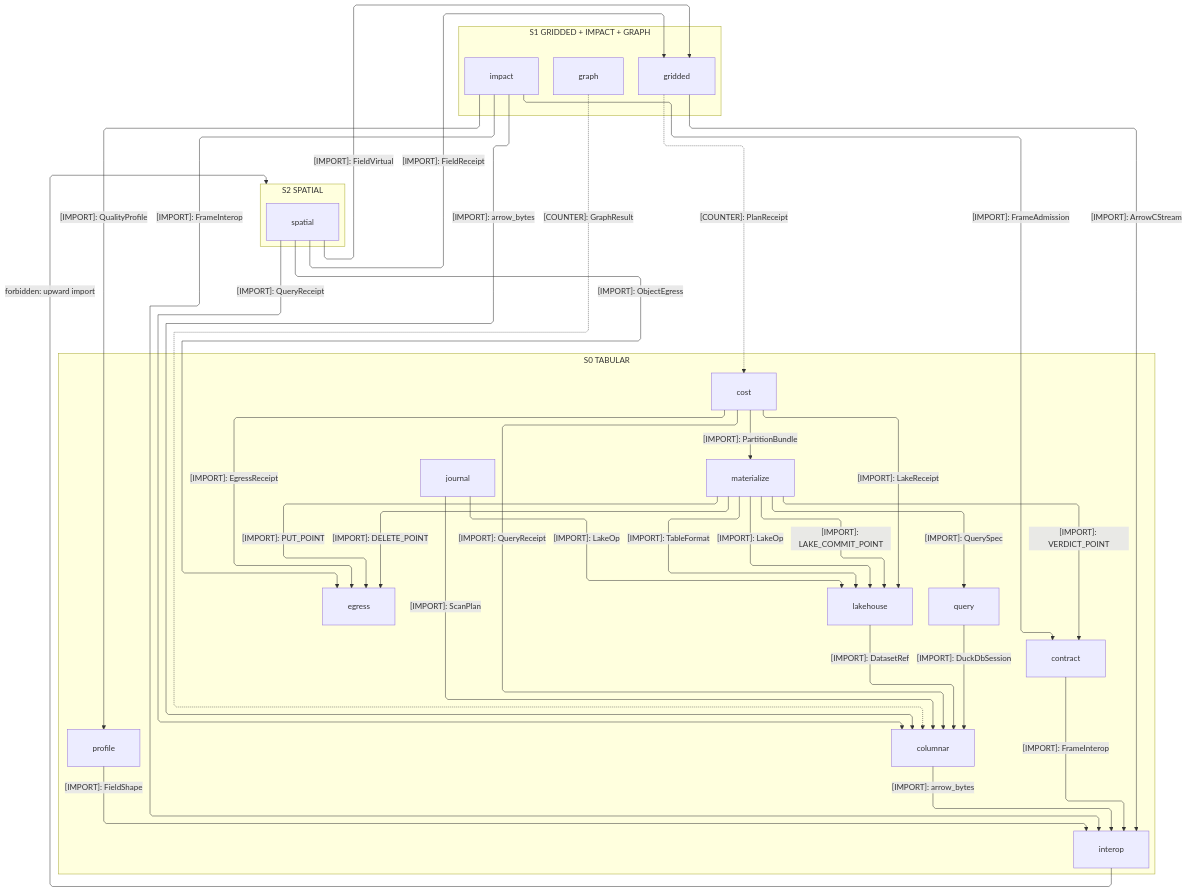
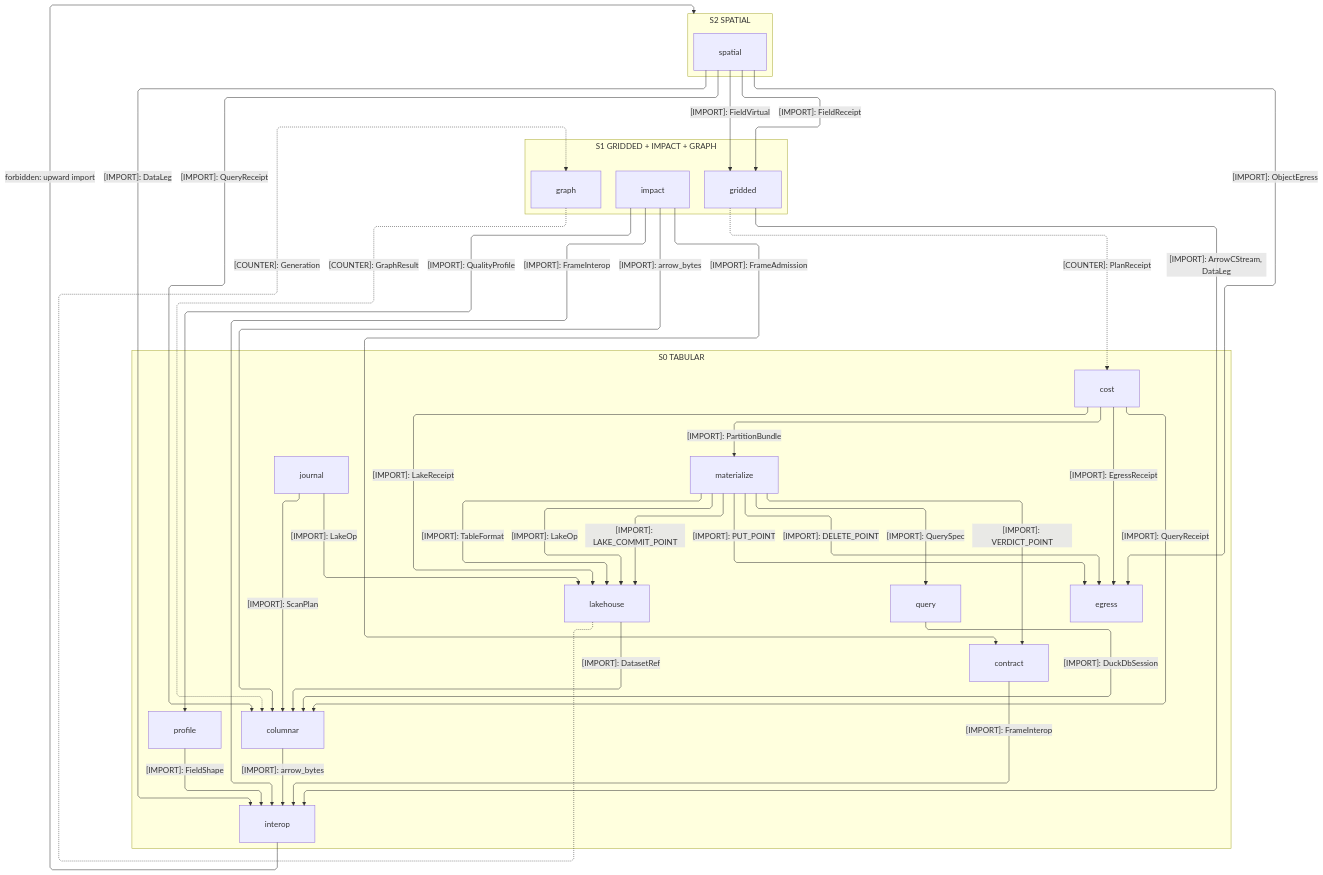
Before and after one commit to bsamiee/Rasm: the first of 5 diagrams in libs/python/data/ARCHITECTURE.md, drawn with Mermaid. The commit also changed other lines of this file and 272 other files, not shown here.

````diff
--- a/libs/python/data/ARCHITECTURE.md
+++ b/libs/python/data/ARCHITECTURE.md
@@ -48,62 +48,64 @@
 ```mermaid
 ---
 config:
   layout: elk
   flowchart:
     curve: linear
     padding: 25
 ---
 flowchart TB
     accTitle: Data interior import strata
     accDescr: How the data interior ranks over the tabular floor, the dashed GraphResult and PlanReceipt counter-edges carrying wire data downward.
     subgraph D2["S2 SPATIAL"]
         Spatial[spatial]
     end
     subgraph D1["S1 GRIDDED + IMPACT + GRAPH"]
         Graph[graph]
         Impact[impact]
         Gridded[gridded]
     end
     subgraph D0["S0 TABULAR"]
         Journal[journal]
         Cost[cost]
         Egress[egress]
         Materialize[materialize]
         Query[query]
         Lakehouse[lakehouse]
         Columnar[columnar]
         Contract[contract]
         Profile[profile]
         Interop[interop]
     end
     Spatial e1@-->|"[IMPORT]: QueryReceipt"| Columnar
+    Spatial e30@-->|"[IMPORT]: DataLeg"| Interop
     Spatial e2@-->|"[IMPORT]: ObjectEgress"| Egress
     Spatial e3@-->|"[IMPORT]: FieldVirtual"| Gridded
     Spatial e4@-->|"[IMPORT]: FieldReceipt"| Gridded
-    Gridded e5@-->|"[IMPORT]: ArrowCStream"| Interop
+    Gridded e5@-->|"[IMPORT]: ArrowCStream, DataLeg"| Interop
     Impact e6@-->|"[IMPORT]: FrameAdmission"| Contract
     Impact e7@-->|"[IMPORT]: QualityProfile"| Profile
     Impact e8@-->|"[IMPORT]: FrameInterop"| Interop
     Impact e9@-->|"[IMPORT]: arrow_bytes"| Columnar
     Graph e10@-.->|"[COUNTER]: GraphResult"| Columnar
+    Lakehouse e31@-.->|"[COUNTER]: Generation"| Graph
     Journal e11@-->|"[IMPORT]: LakeOp"| Lakehouse
     Journal e12@-->|"[IMPORT]: ScanPlan"| Columnar
     Materialize e13@-->|"[IMPORT]: QuerySpec"| Query
     Materialize e14@-->|"[IMPORT]: TableFormat"| Lakehouse
     Materialize e15@-->|"[IMPORT]: LakeOp"| Lakehouse
     Materialize e16@-->|"[IMPORT]: LAKE_COMMIT_POINT"| Lakehouse
     Materialize e17@-->|"[IMPORT]: VERDICT_POINT"| Contract
     Materialize e18@-->|"[IMPORT]: PUT_POINT"| Egress
     Materialize e19@-->|"[IMPORT]: DELETE_POINT"| Egress
     Query e20@-->|"[IMPORT]: DuckDbSession"| Columnar
     Lakehouse e21@-->|"[IMPORT]: DatasetRef"| Columnar
     Contract e22@-->|"[IMPORT]: FrameInterop"| Interop
     Columnar e23@-->|"[IMPORT]: arrow_bytes"| Interop
     Profile e24@-->|"[IMPORT]: FieldShape"| Interop
     Cost e25@-->|"[IMPORT]: QueryReceipt"| Columnar
     Cost e26@-->|"[IMPORT]: LakeReceipt"| Lakehouse
     Cost e27@-->|"[IMPORT]: PartitionBundle"| Materialize
     Cost e28@-->|"[IMPORT]: EgressReceipt"| Egress
     Gridded e29@-.->|"[COUNTER]: PlanReceipt"| Cost
     Interop f1@-->|"forbidden: upward import"| D2
 ```
````
